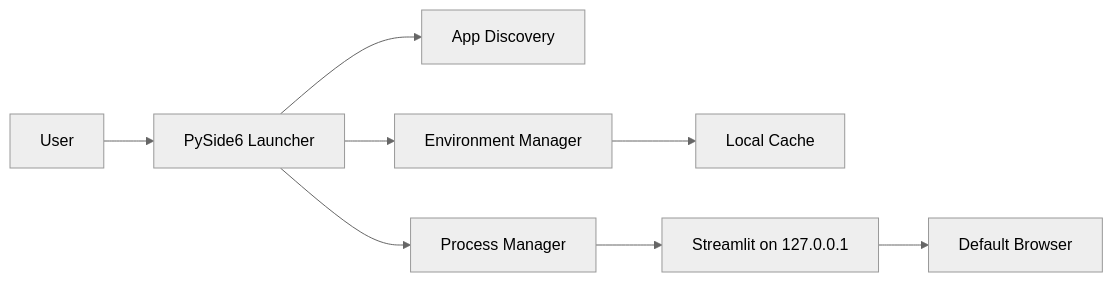
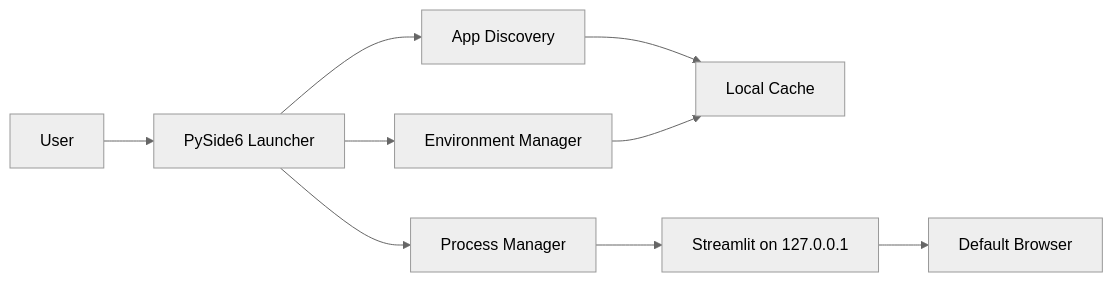
One commit to vinayvaida27/Unified-Streamlit-Launcher changed the first of 5 diagrams in docs/architecture.md. Above: the diagram before and after it, drawn with Mermaid (neutral theme). The commit also changed 5 other files, not shown here.

Commit message:
Run network apps from local cache

````diff
--- a/docs/architecture.md
+++ b/docs/architecture.md
@@ -3,10 +3,11 @@
 ```mermaid
 flowchart LR
     User["User"] --> GUI["PySide6 Launcher"]
     GUI --> Discovery["App Discovery"]
     GUI --> Env["Environment Manager"]
     GUI --> PM["Process Manager"]
+    Discovery --> Cache["Local App Cache"]
     Env --> Cache["Local Cache"]
     PM --> Streamlit["Streamlit on 127.0.0.1"]
     Streamlit --> Browser["Default Browser"]
 ```
````
